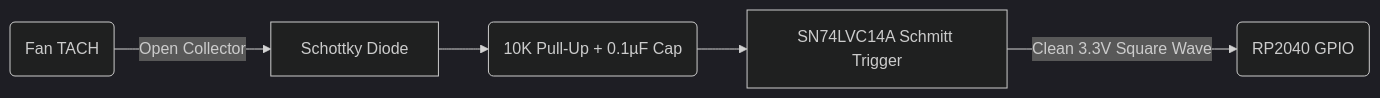
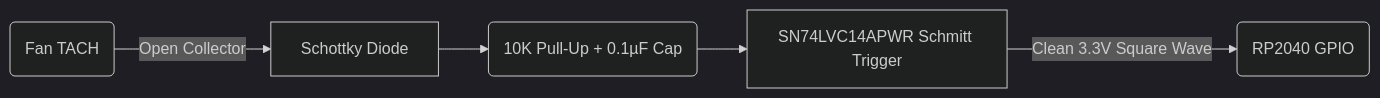
Before and after one commit to RoBro92/fanbridge: the first of 2 diagrams in hardware/fanbridge_link_spec.md, drawn with Mermaid (dark theme). The commit also changed other lines of this file and 1 other file, not shown here.

Commit message:
docs: update schematic diagram, specific ICs, and CAD mockup

````diff
--- a/hardware/fanbridge_link_spec.md
+++ b/hardware/fanbridge_link_spec.md
@@ -45,7 +45,7 @@
 ```mermaid
 graph LR
     Fan(Fan TACH) -->|Open Collector| Diode[Schottky Diode]
     Diode --> Filter(10K Pull-Up + 0.1µF Cap)
-    Filter --> Buffer[SN74LVC14A Schmitt Trigger]
+    Filter --> Buffer[SN74LVC14APWR Schmitt Trigger]
     Buffer -->|Clean 3.3V Square Wave| MCU(RP2040 GPIO)
 ```
````
